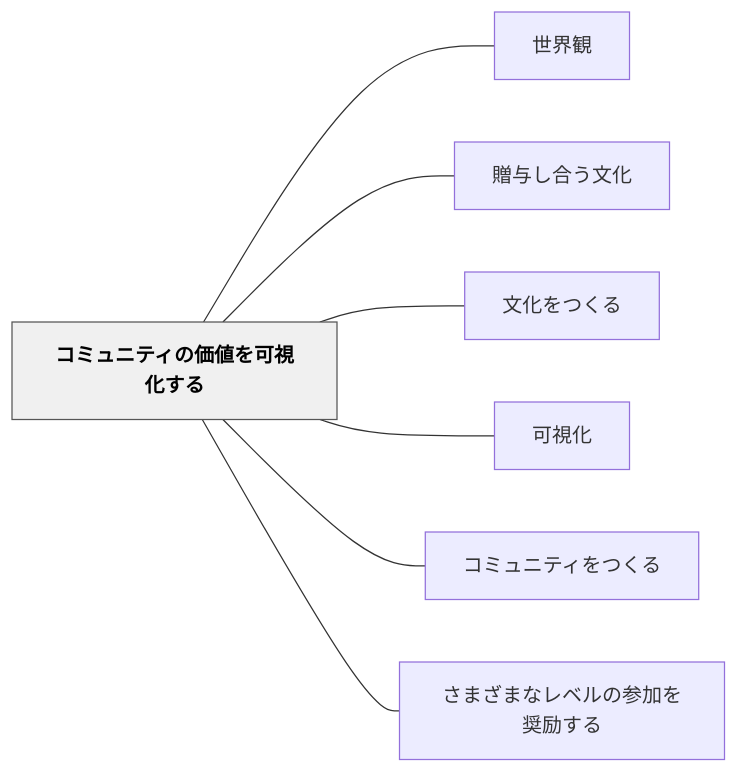
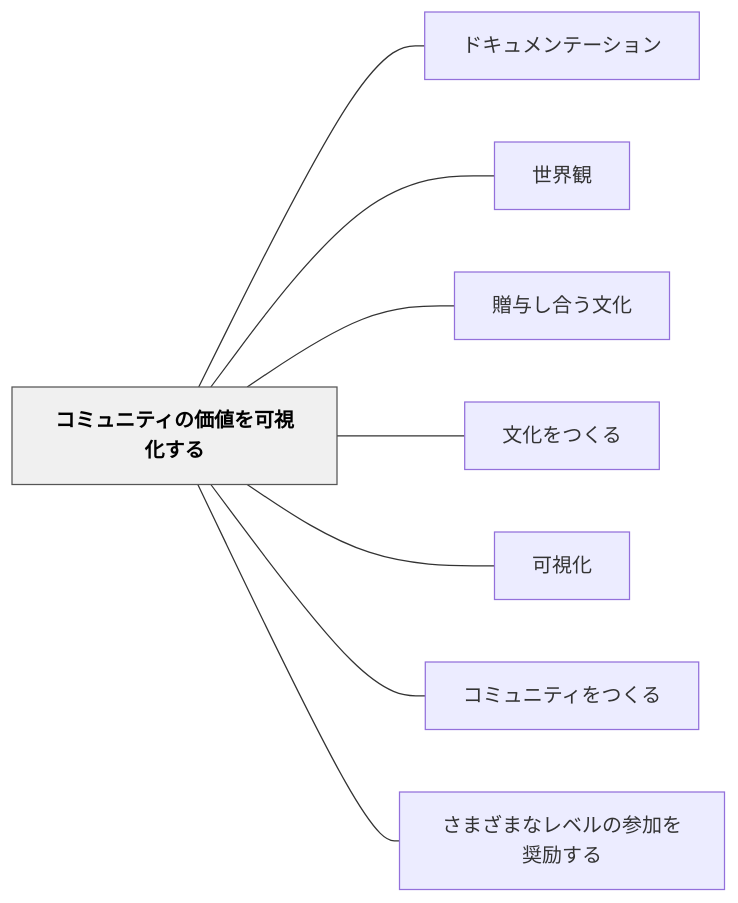
Before and after one commit to unknownthings-ed-patterns/unknownthings-ed-patterns: the diagram in content/パタン/コミュニティの価値を可視化する.md, drawn with Mermaid. The commit also changed other lines of this file and 100 other files, not shown here.

````diff
--- a/content/パタン/コミュニティの価値を可視化する.md
+++ b/content/パタン/コミュニティの価値を可視化する.md
@@ -54,20 +55,22 @@
 ```mermaid
 flowchart LR
     ne382b3e3839fe383a5e3838be38386e382a3e381aee4bea1e580a4e38292e58fafe8a696e58c96e38199e3828b["コミュニティの価値を可視化する"]
+    ne38389e382ade383a5e383a1e383b3e38386e383bce382b7e383a7e383b3["ドキュメンテーション"]
     ne4b896e7958ce8a6b3["世界観"]
     ne8b488e4b88ee38197e59088e38186e69687e58c96["贈与し合う文化"]
     ne69687e58c96e38292e381a4e3818fe3828b["文化をつくる"]
     ne58fafe8a696e58c96["可視化"]
     ne382b3e3839fe383a5e3838be38386e382a3e38292e381a4e3818fe3828b["コミュニティをつくる"]
     ne38195e381bee38196e381bee381aae383ace38399e383abe381aee58f82e58aa0e38292e5a5a8e58ab1e38199e3828b["さまざまなレベルの参加を奨励する"]
 
+    ne382b3e3839fe383a5e3838be38386e382a3e381aee4bea1e580a4e38292e58fafe8a696e58c96e38199e3828b --- ne38389e382ade383a5e383a1e383b3e38386e383bce382b7e383a7e383b3
     ne382b3e3839fe383a5e3838be38386e382a3e381aee4bea1e580a4e38292e58fafe8a696e58c96e38199e3828b --- ne4b896e7958ce8a6b3
     ne382b3e3839fe383a5e3838be38386e382a3e381aee4bea1e580a4e38292e58fafe8a696e58c96e38199e3828b --- ne8b488e4b88ee38197e59088e38186e69687e58c96
     ne382b3e3839fe383a5e3838be38386e382a3e381aee4bea1e580a4e38292e58fafe8a696e58c96e38199e3828b --- ne69687e58c96e38292e381a4e3818fe3828b
     ne382b3e3839fe383a5e3838be38386e382a3e381aee4bea1e580a4e38292e58fafe8a696e58c96e38199e3828b --- ne58fafe8a696e58c96
     ne382b3e3839fe383a5e3838be38386e382a3e381aee4bea1e580a4e38292e58fafe8a696e58c96e38199e3828b --- ne382b3e3839fe383a5e3838be38386e382a3e38292e381a4e3818fe3828b
     ne382b3e3839fe383a5e3838be38386e382a3e381aee4bea1e580a4e38292e58fafe8a696e58c96e38199e3828b --- ne38195e381bee38196e381bee381aae383ace38399e383abe381aee58f82e58aa0e38292e5a5a8e58ab1e38199e3828b
 
     classDef hub fill:#f0f0f0,stroke:#555,color:#000,font-weight:bold
     class ne382b3e3839fe383a5e3838be38386e382a3e381aee4bea1e580a4e38292e58fafe8a696e58c96e38199e3828b hub
 ```
````
